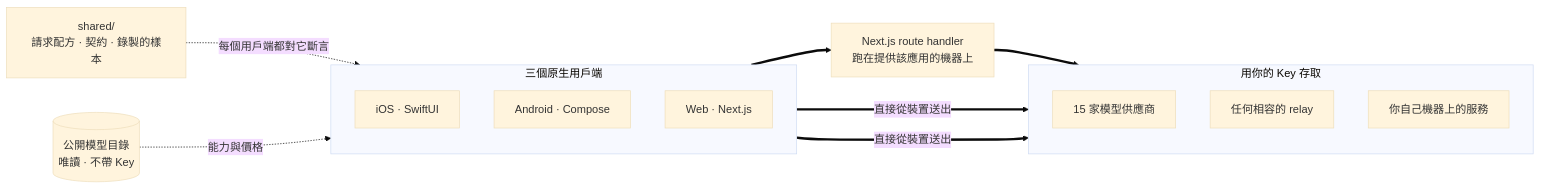
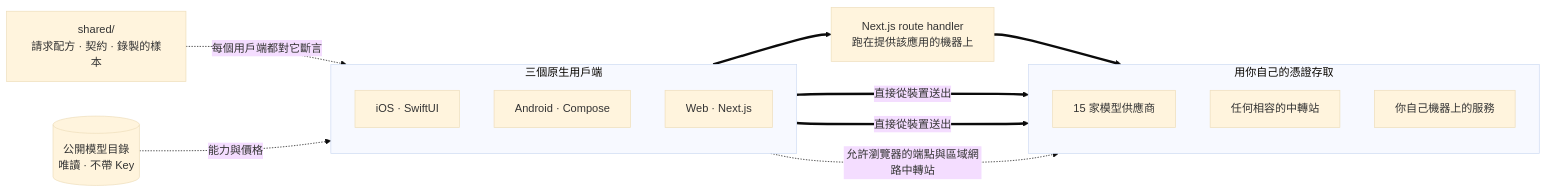
Before and after one commit to oriveo/oriveo: the diagram in readme_i18n/zh-Hant/README.md, drawn with Mermaid (base theme). The commit also changed other lines of this file and 89 other files, not shown here.

````diff
--- a/readme_i18n/zh-Hant/README.md
+++ b/readme_i18n/zh-Hant/README.md
@@ -171,26 +178,27 @@
 ```mermaid
 flowchart LR
     shared["shared/<br/>請求配方 · 契約 · 錄製的樣本"]
 
     subgraph clients ["三個原生用戶端"]
         direction TB
         ios["iOS · SwiftUI"]
         android["Android · Compose"]
         web["Web · Next.js"]
     end
 
     route["Next.js route handler<br/>跑在提供該應用的機器上"]
 
-    subgraph upstream ["用你的 Key 存取"]
+    subgraph upstream ["用你自己的憑證存取"]
         official["15 家模型供應商"]
-        relay["任何相容的 relay"]
+        relay["任何相容的中轉站"]
         local["你自己機器上的服務"]
     end
 
     catalog[("公開模型目錄<br/>唯讀 · 不帶 Key")]
 
     shared -.->|"每個用戶端都對它斷言"| clients
     catalog -.->|"能力與價格"| clients
     ios & android ==>|"直接從裝置送出"| upstream
     web ==> route ==> upstream
+    web -.->|"允許瀏覽器的端點與區域網路中轉站"| upstream
 ```
````
